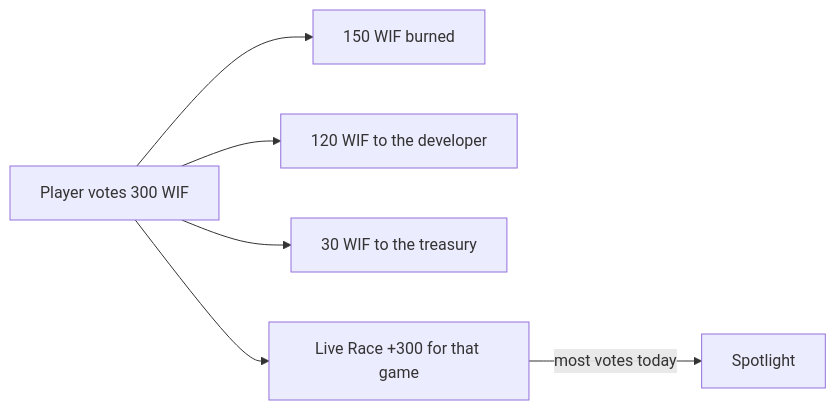
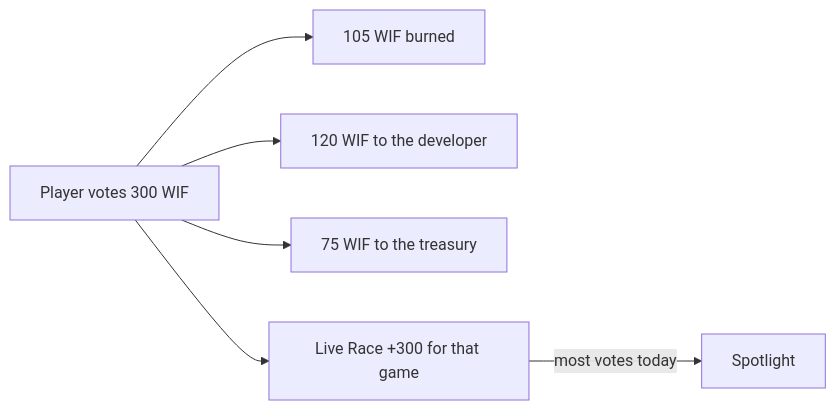
Before and after one commit to franklin238/playchain-console: the first of 2 diagrams in README.md, drawn with Mermaid. The commit also changed other lines of this file and 10 other files, not shown here.

````diff
--- a/README.md
+++ b/README.md
@@ -79,8 +79,8 @@
 ```mermaid
 flowchart LR
-  V[Player votes 300 WIF] --> B[150 WIF burned]
+  V[Player votes 300 WIF] --> B[105 WIF burned]
   V --> D[120 WIF to the developer]
-  V --> T[30 WIF to the treasury]
+  V --> T[75 WIF to the treasury]
   V --> L[Live Race +300 for that game]
   L -->|most votes today| S[Spotlight]
 ```
````
